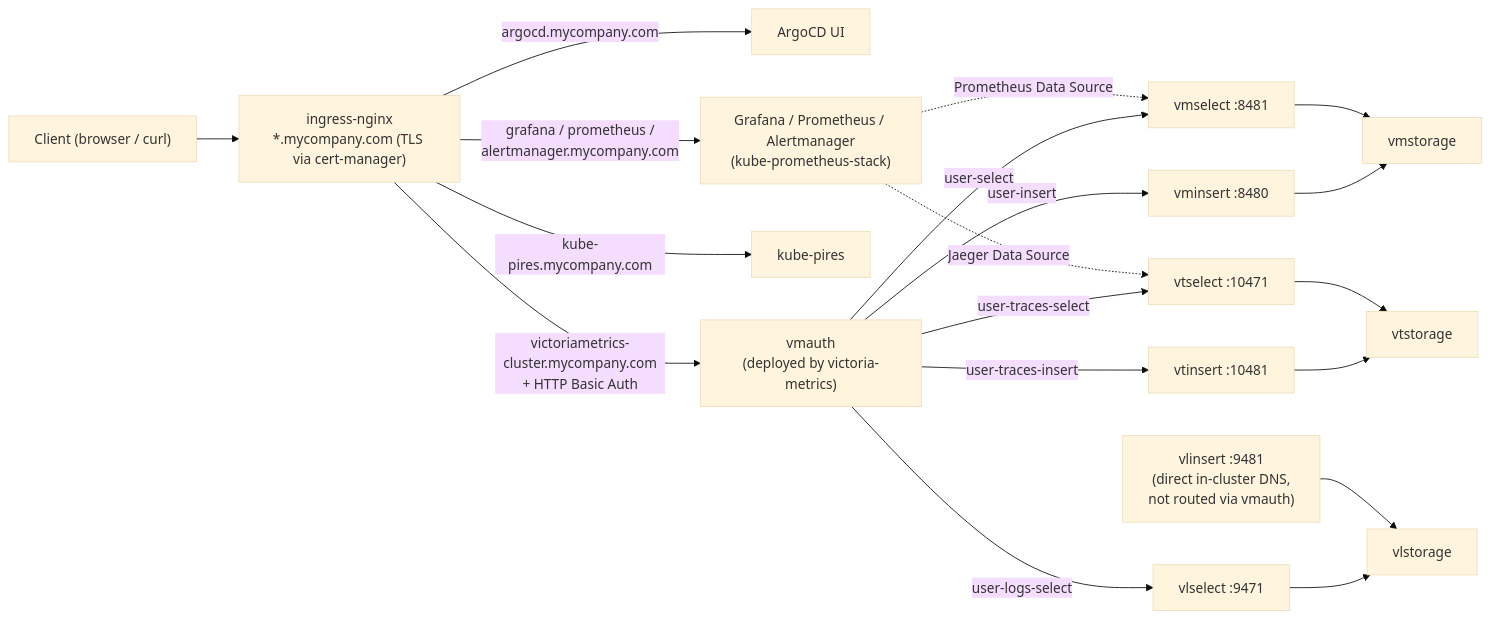
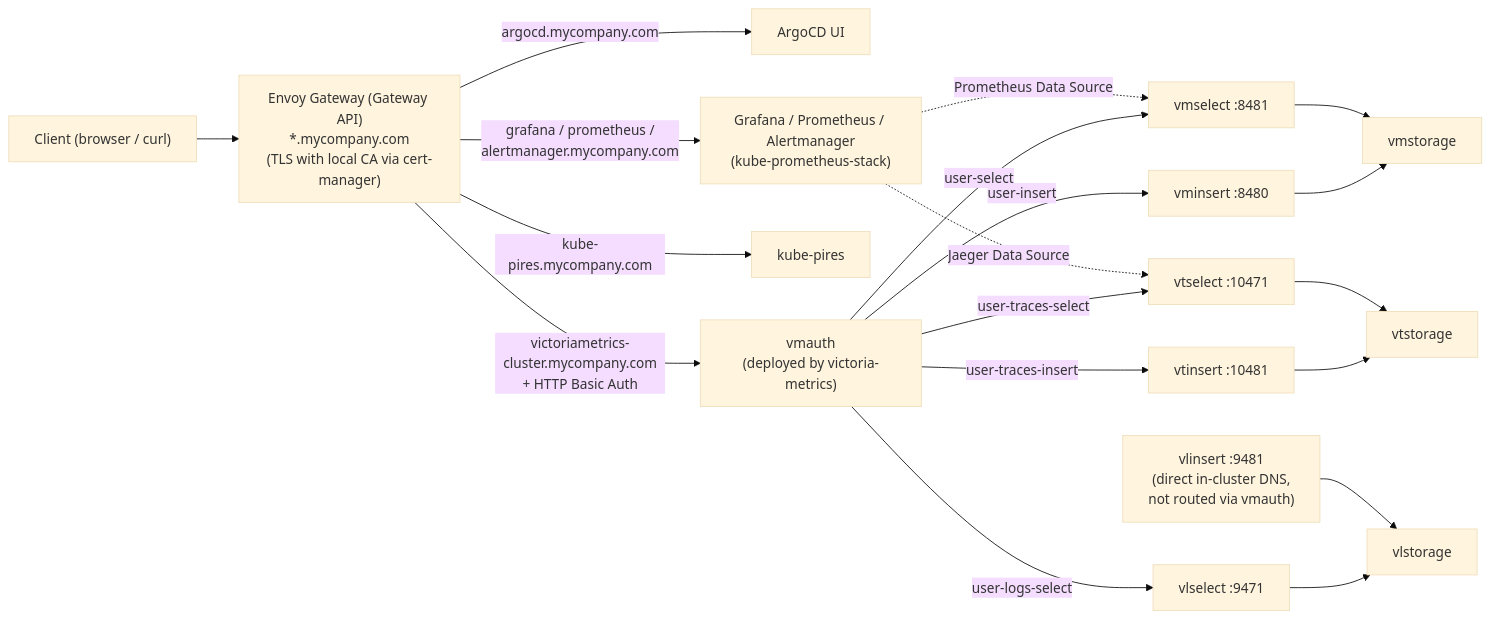
The second of 2 diagrams in CONTRIBUTING.md (aeciopires/learning-victoriametrics), drawn with Mermaid (base theme) before and after one commit. The commit also changed other lines of this file and 32 other files, not shown here.

Commit message:
Substitute ingress-nginx by envoy-gateway

````diff
--- a/CONTRIBUTING.md
+++ b/CONTRIBUTING.md
@@ -183,25 +191,25 @@
 ```mermaid
 flowchart LR
-    Client["Client (browser / curl)"] --> Ingress["ingress-nginx<br/>*.mycompany.com (TLS via cert-manager)"]
+    Client["Client (browser / curl)"] --> Gateway["Envoy Gateway (Gateway API)<br/>*.mycompany.com<br/>(TLS with local CA via cert-manager)"]
 
-    Ingress -->|argocd.mycompany.com| ArgoCD["ArgoCD UI"]
-    Ingress -->|"grafana / prometheus /<br/>alertmanager.mycompany.com"| KPS["Grafana / Prometheus / Alertmanager<br/>(kube-prometheus-stack)"]
-    Ingress -->|kube-pires.mycompany.com| KubePires["kube-pires"]
-    Ingress -->|"victoriametrics-cluster.mycompany.com<br/>+ HTTP Basic Auth"| VMAuth["vmauth<br/>(deployed by victoria-metrics)"]
+    Gateway -->|argocd.mycompany.com| ArgoCD["ArgoCD UI"]
+    Gateway -->|"grafana / prometheus /<br/>alertmanager.mycompany.com"| KPS["Grafana / Prometheus / Alertmanager<br/>(kube-prometheus-stack)"]
+    Gateway -->|kube-pires.mycompany.com| KubePires["kube-pires"]
+    Gateway -->|"victoriametrics-cluster.mycompany.com<br/>+ HTTP Basic Auth"| VMAuth["vmauth<br/>(deployed by victoria-metrics)"]
 
     VMAuth -->|"user-insert"| VMInsert["vminsert :8480"]
     VMAuth -->|"user-select"| VMSelect["vmselect :8481"]
     VMAuth -->|"user-logs-select"| VLSelect["vlselect :9471"]
     VMAuth -->|"user-traces-insert"| VTInsert["vtinsert :10481"]
     VMAuth -->|"user-traces-select"| VTSelect["vtselect :10471"]
 
     VMInsert --> VMStorage["vmstorage"]
     VMSelect --> VMStorage
     VLSelect --> VLStorage["vlstorage"]
     VLInsert["vlinsert :9481<br/>(direct in-cluster DNS,<br/>not routed via vmauth)"] --> VLStorage
     VTInsert --> VTStorage["vtstorage"]
     VTSelect --> VTStorage
 
     KPS -.->|"Prometheus Data Source"| VMSelect
     KPS -.->|"Jaeger Data Source"| VTSelect
 ```
````
